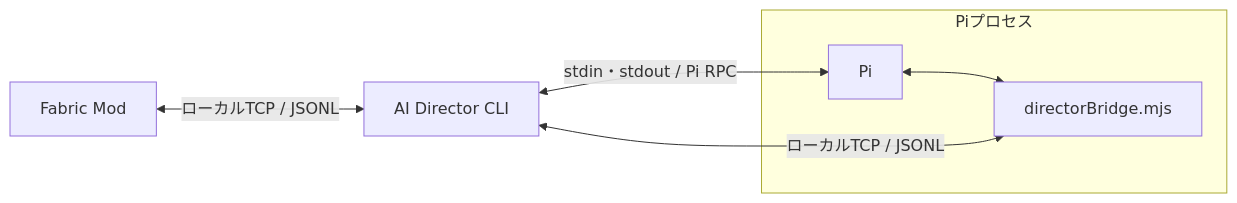
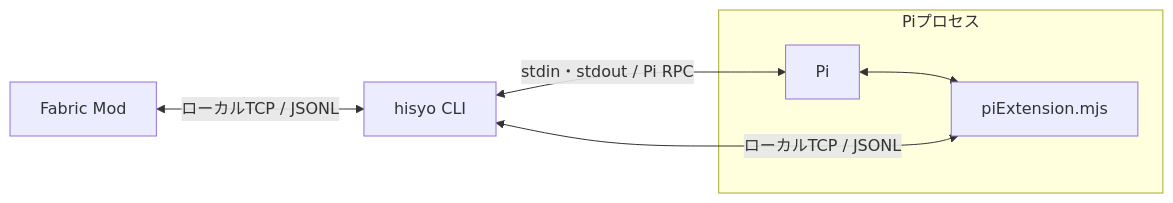
One commit to ph0ryn/mc-hisyo-mod changed the diagram in docs/architecture.md. Above: the diagram before and after it, drawn with Mermaid. The commit also changed other lines of this file and 8 other files, not shown here.

````diff
--- a/docs/architecture.md
+++ b/docs/architecture.md
@@ -7,9 +7,9 @@
 ```mermaid
 flowchart LR
-    M["Fabric Mod"] <-->|"ローカルTCP / JSONL"| C["AI Director CLI"]
+    M["Fabric Mod"] <-->|"ローカルTCP / JSONL"| C["hisyo CLI"]
     C <-->|"stdin・stdout / Pi RPC"| P["Pi"]
     subgraph PP["Piプロセス"]
-        P <--> E["directorBridge.mjs"]
+        P <--> E["piExtension.mjs"]
     end
     E <-->|"ローカルTCP / JSONL"| C
 ```
````
